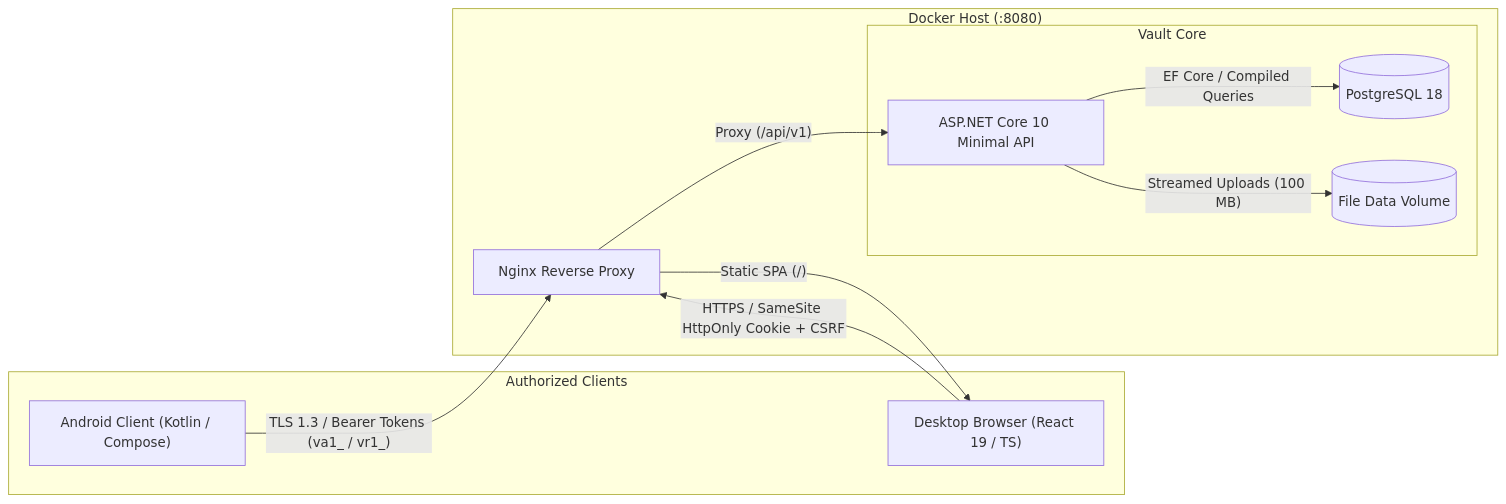
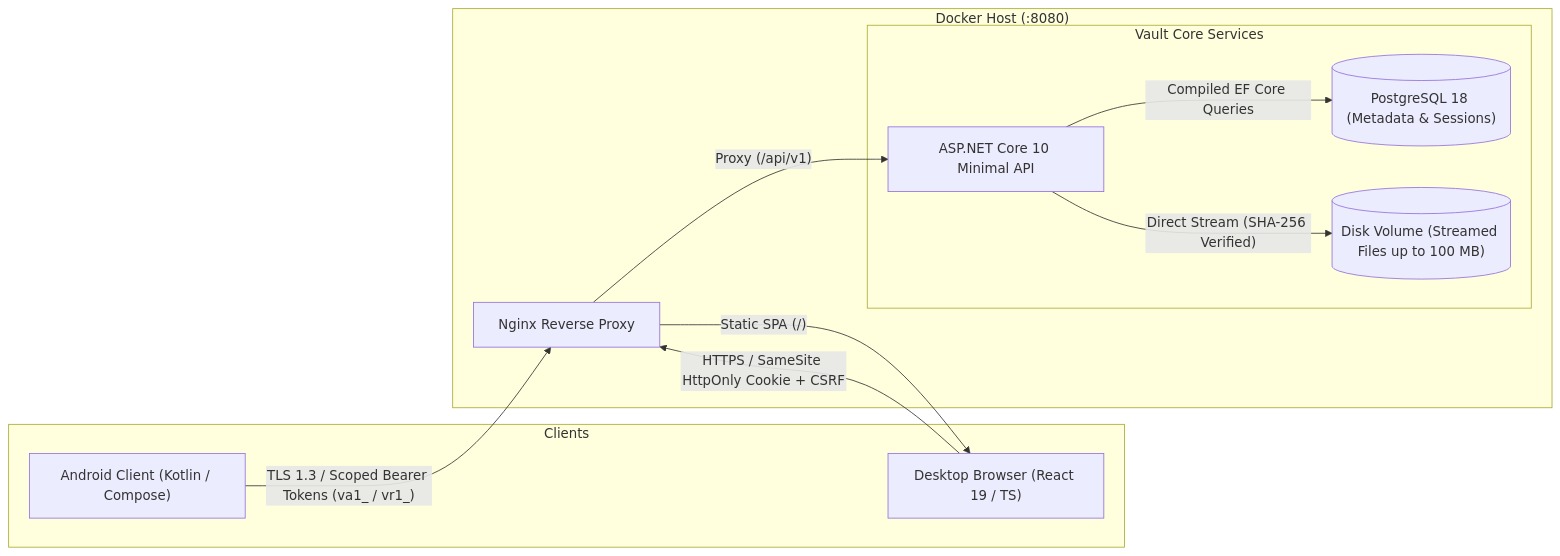
Before and after one commit to axewhyzed/vault: the diagram in README.md, drawn with Mermaid. The commit also changed other lines of this file, not shown here.

````diff
--- a/README.md
+++ b/README.md
@@ -114,24 +113,24 @@
 ```mermaid
 flowchart LR
-    subgraph Clients["Authorized Clients"]
+    subgraph Clients["Clients"]
         Android["Android Client (Kotlin / Compose)"]
         Browser["Desktop Browser (React 19 / TS)"]
     end
 
     subgraph Host["Docker Host (:8080)"]
         Nginx["Nginx Reverse Proxy"]
 
-        subgraph Backend["Vault Core"]
+        subgraph Core["Vault Core Services"]
             API["ASP.NET Core 10 Minimal API"]
-            DB[("PostgreSQL 18")]
-            Storage[("File Data Volume")]
+            DB[("PostgreSQL 18 (Metadata & Sessions)")]
+            Storage[("Disk Volume (Streamed Files up to 100 MB)")]
         end
     end
 
-    Android -->|"TLS 1.3 / Bearer Tokens (va1_ / vr1_)"| Nginx
+    Android -->|"TLS 1.3 / Scoped Bearer Tokens (va1_ / vr1_)"| Nginx
     Browser -->|"HTTPS / SameSite HttpOnly Cookie + CSRF"| Nginx
     Nginx -->|"Proxy (/api/v1)"| API
     Nginx -->|"Static SPA (/)"| Browser
-    API -->|"EF Core / Compiled Queries"| DB
-    API -->|"Streamed Uploads (100 MB)"| Storage
+    API -->|"Compiled EF Core Queries"| DB
+    API -->|"Direct Stream (SHA-256 Verified)"| Storage
 ```
````
